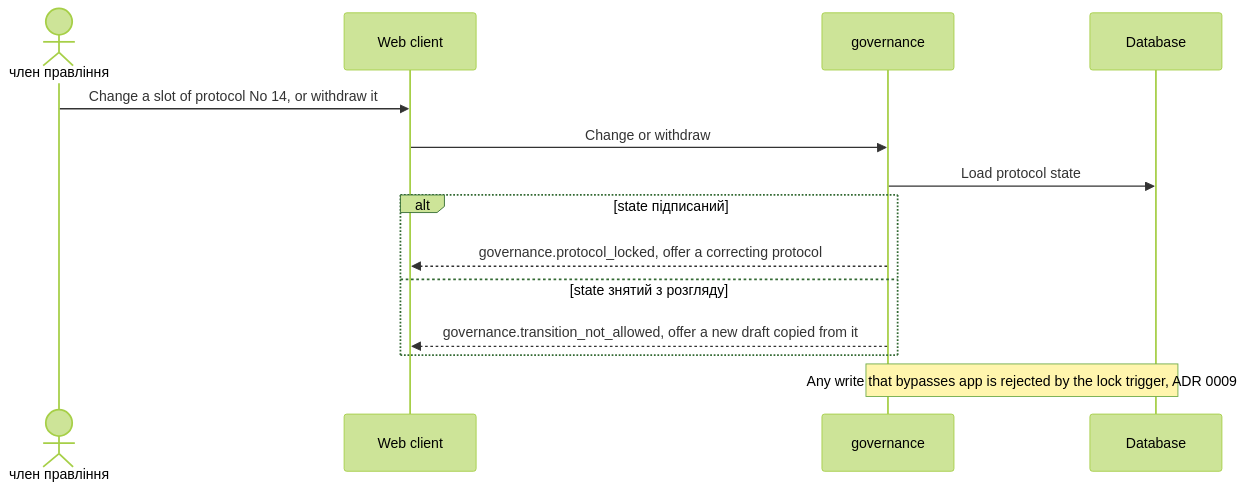
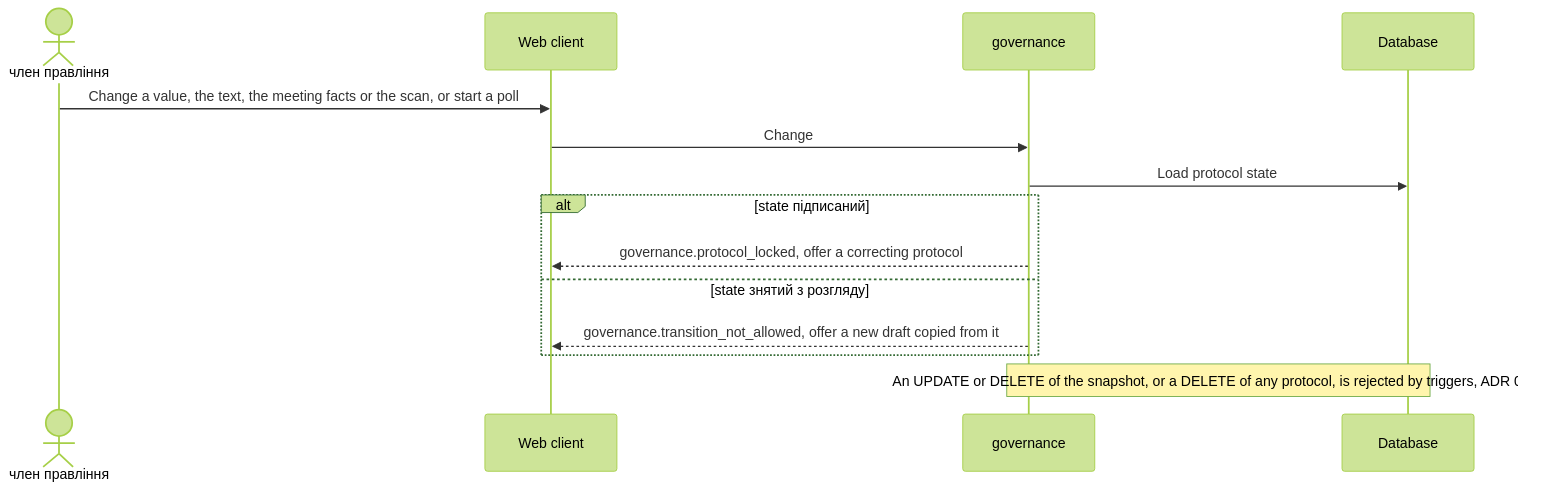
One commit to AndriiOpryshko/spilno changed the tenth of 13 diagrams in docs/features/board-protocol/sad.ao-architecture.md. Above: the diagram before and after it, drawn with Mermaid (forest theme). The commit also changed other lines of this file and 21 other files, not shown here.

First line of the commit message:
board-protocol: align ao-architecture SAD with Stage 1 scope and the shared decisions

````diff
--- a/docs/features/board-protocol/sad.ao-architecture.md
+++ b/docs/features/board-protocol/sad.ao-architecture.md
@@ -368,16 +424,16 @@
 ```mermaid
 sequenceDiagram
     actor M as член правління
     participant web as Web client
     participant gov as governance
     participant db as Database
-    M->>web: Change a slot of protocol No 14, or withdraw it
-    web->>gov: Change or withdraw
+    M->>web: Change a value, the text, the meeting facts or the scan, or start a poll
+    web->>gov: Change
     gov->>db: Load protocol state
     alt state підписаний
         gov-->>web: governance.protocol_locked, offer a correcting protocol
     else state знятий з розгляду
         gov-->>web: governance.transition_not_allowed, offer a new draft copied from it
     end
-    Note over gov,db: Any write that bypasses app is rejected by the lock trigger, ADR 0009
+    Note over gov,db: An UPDATE or DELETE of the snapshot, or a DELETE of any protocol, is rejected by triggers, ADR 0019
 ```
````
